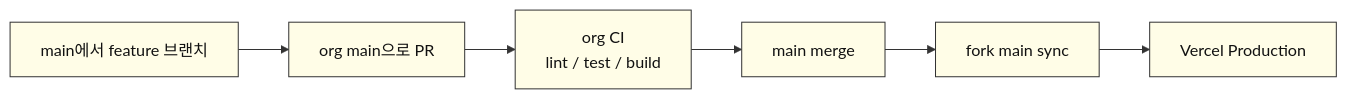
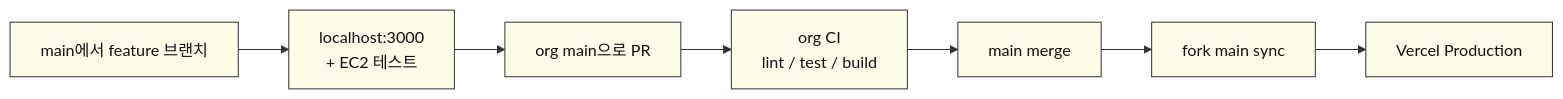
The third of 6 diagrams in docs/vercel-deploy-team-notice.md (SpartaValueHub/ValueHub-FE), drawn with Mermaid before and after one commit. The commit also changed other lines of this file, not shown here.

Commit message:
docs: merge 전 테스트는 localhost, develop Preview 흐름 제거

````diff
--- a/docs/vercel-deploy-team-notice.md
+++ b/docs/vercel-deploy-team-notice.md
@@ -106,12 +112,13 @@
 ```mermaid
 %%{init: {"theme":"base","themeVariables":{"primaryColor":"#FFF3B0","primaryBorderColor":"#333","lineColor":"#333","clusterBkg":"#FFF3B0"}}}%%
 flowchart LR
-  A1["main에서 feature 브랜치"] --> A2["org main으로 PR"]
-  A2 --> A3["org CI<br/>lint / test / build"]
-  A3 --> A4["main merge"]
-  A4 --> A5["fork main sync"]
-  A5 --> A6["Vercel Production"]
+  A1["main에서 feature 브랜치"] --> A2["localhost:3000<br/>+ EC2 테스트"]
+  A2 --> A3["org main으로 PR"]
+  A3 --> A4["org CI<br/>lint / test / build"]
+  A4 --> A5["main merge"]
+  A5 --> A6["fork main sync"]
+  A6 --> A7["Vercel Production"]
 
   classDef node fill:#FFFDE7,stroke:#333,color:#111;
-  class A1,A2,A3,A4,A5,A6 node;
+  class A1,A2,A3,A4,A5,A6,A7 node;
 ```
````
